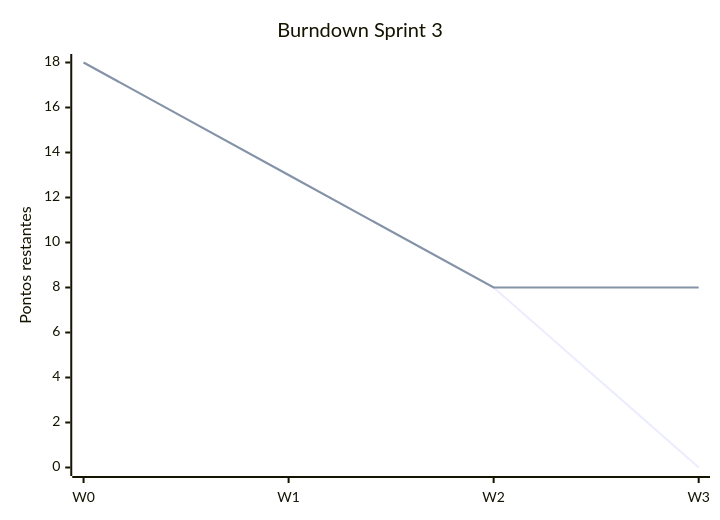
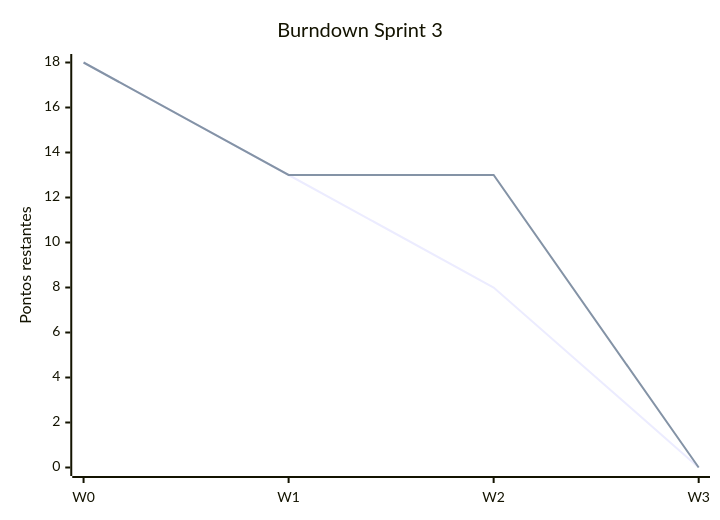
One commit to candago-6/documentacao changed the third of 3 diagrams in README.md. Above: the diagram before and after it, drawn with Mermaid. The commit also changed other lines of this file, not shown here.

````diff
--- a/README.md
+++ b/README.md
@@ -234,8 +223,8 @@
 ```mermaid
 xychart-beta
 	title "Burndown Sprint 3"
 	x-axis [W0, W1, W2, W3]
 	y-axis "Pontos restantes" 0 --> 18
 	line "planejado" [18, 13, 8, 0]
-	line "real" [18, 13, 8, 8]
+	line "real" [18, 13, 13, 0]
 ```
````
